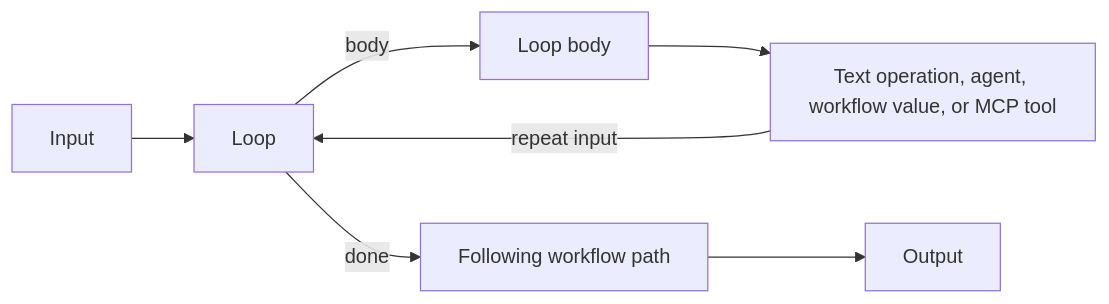
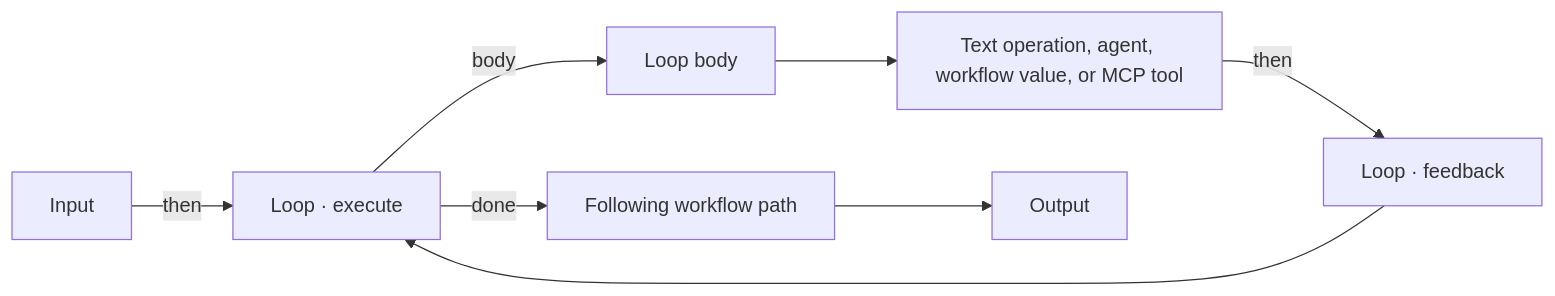
Before and after one commit to gnalvesteffer/visual-agent-workflow: the diagram in docs/loop-graphs.md, drawn with Mermaid. The commit also changed other lines of this file and 14 other files, not shown here.

````diff
--- a/docs/loop-graphs.md
+++ b/docs/loop-graphs.md
@@ -5,9 +5,10 @@
 ```mermaid
 flowchart LR
-    Input --> Loop
+    Input -- then --> Loop["Loop · execute"]
     Loop -- body --> Anchor[Loop body]
     Anchor --> Step[Text operation, agent, workflow value, or MCP tool]
-    Step -- repeat input --> Loop
+    Step -- then --> Feedback["Loop · feedback"]
+    Feedback --> Loop
     Loop -- done --> Next[Following workflow path]
     Next --> Output
 ```
````
